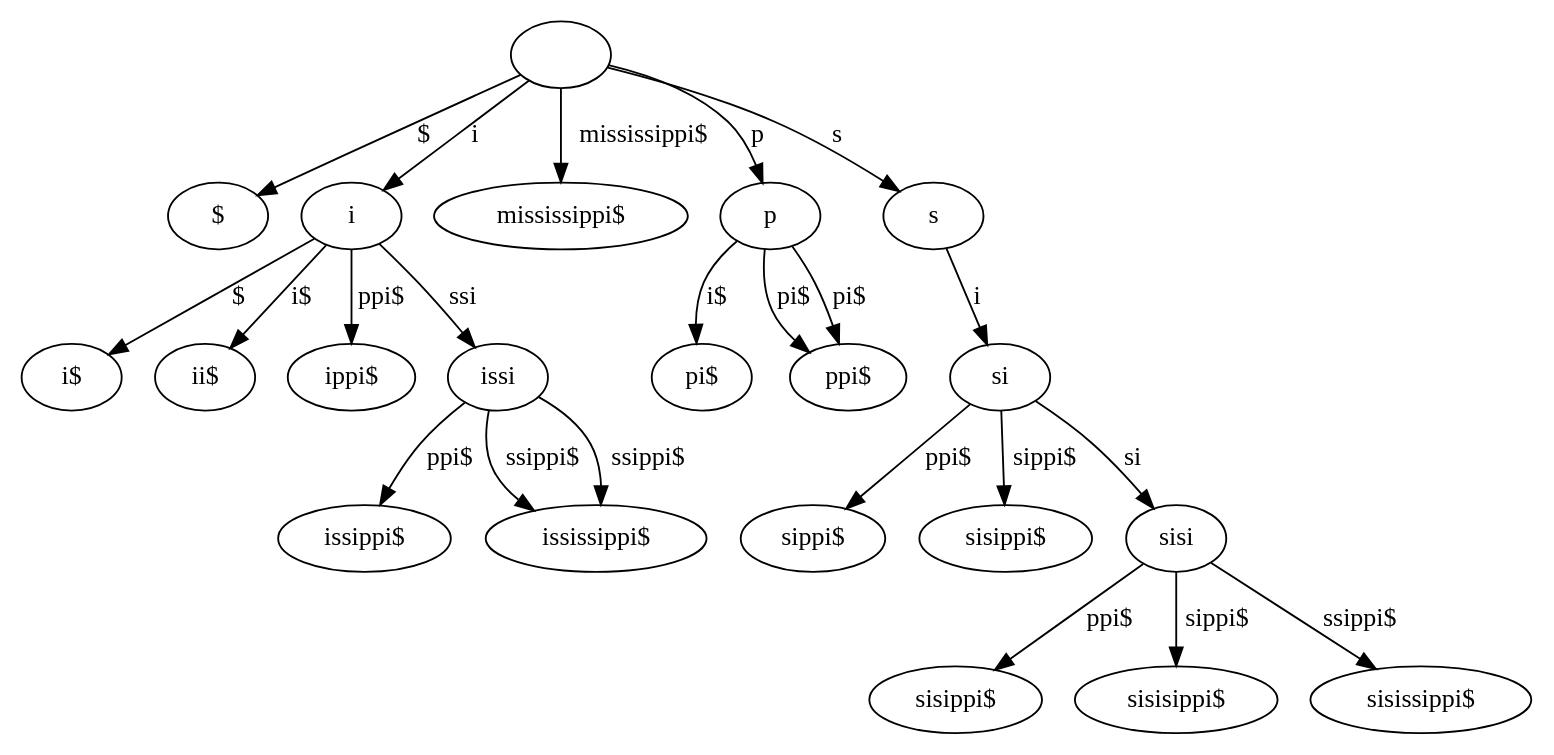
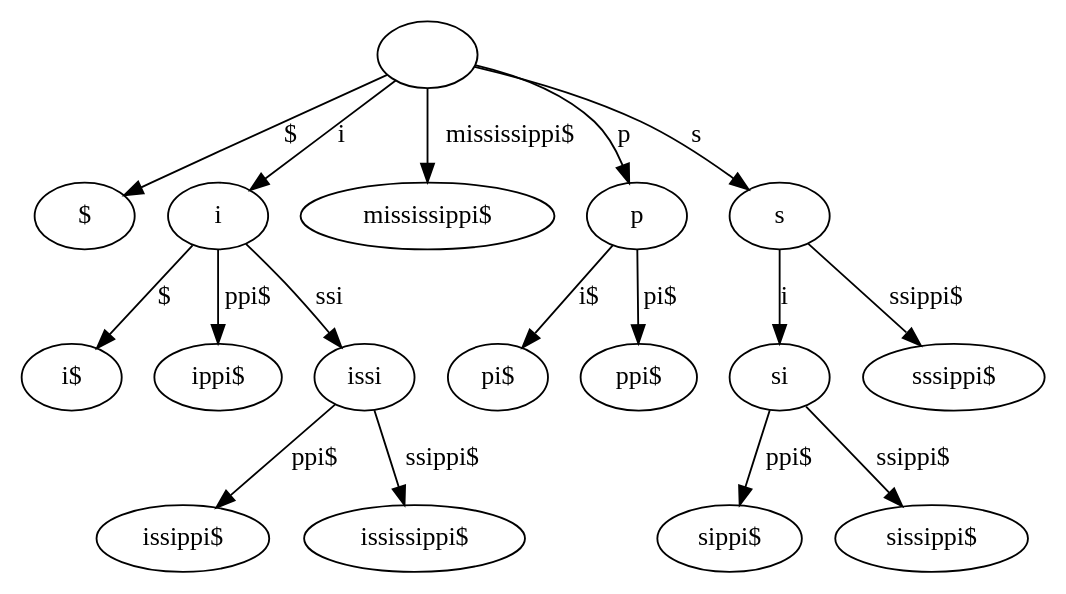
The diagram in 3_lcp_suffix_tree/test-output/iter/11.gv (cmkobel/GSA), drawn with Graphviz before and after one commit. The commit also changed 24 other files, not shown here.

```diff
--- a/3_lcp_suffix_tree/test-output/iter/11.gv
+++ b/3_lcp_suffix_tree/test-output/iter/11.gv
@@ -1,48 +1,36 @@
 // Suffix tree
 digraph {
 	"|" [label=""]
 	"$|$" [label="$"]
 	"|" -> "$|$" [label="$"]
 	"i|i" [label=i]
 	"$|i$" [label="i$"]
 	"i|i" -> "$|i$" [label="$"]
-	"i$|ii$" [label="ii$"]
-	"i|i" -> "i$|ii$" [label="i$"]
 	"ppi$|ippi$" [label="ippi$"]
 	"i|i" -> "ppi$|ippi$" [label="ppi$"]
 	"ssi|issi" [label=issi]
 	"ppi$|issippi$" [label="issippi$"]
 	"ssi|issi" -> "ppi$|issippi$" [label="ppi$"]
-	"ssippi$|ississippi$" [label="ississippi$"]
-	"ssi|issi" -> "ssippi$|ississippi$" [label="ssippi$"]
 	"ssippi$|ississippi$" [label="ississippi$"]
 	"ssi|issi" -> "ssippi$|ississippi$" [label="ssippi$"]
 	"i|i" -> "ssi|issi" [label=ssi]
 	"|" -> "i|i" [label=i]
 	"mississippi$|mississippi$" [label="mississippi$"]
 	"|" -> "mississippi$|mississippi$" [label="mississippi$"]
 	"p|p" [label=p]
 	"i$|pi$" [label="pi$"]
 	"p|p" -> "i$|pi$" [label="i$"]
 	"pi$|ppi$" [label="ppi$"]
 	"p|p" -> "pi$|ppi$" [label="pi$"]
-	"pi$|ppi$" [label="ppi$"]
-	"p|p" -> "pi$|ppi$" [label="pi$"]
 	"|" -> "p|p" [label=p]
 	"s|s" [label=s]
 	"i|si" [label=si]
 	"ppi$|sippi$" [label="sippi$"]
 	"i|si" -> "ppi$|sippi$" [label="ppi$"]
-	"sippi$|sisippi$" [label="sisippi$"]
-	"i|si" -> "sippi$|sisippi$" [label="sippi$"]
-	"si|sisi" [label=sisi]
-	"ppi$|sisippi$" [label="sisippi$"]
-	"si|sisi" -> "ppi$|sisippi$" [label="ppi$"]
-	"sippi$|sisisippi$" [label="sisisippi$"]
-	"si|sisi" -> "sippi$|sisisippi$" [label="sippi$"]
-	"ssippi$|sisissippi$" [label="sisissippi$"]
-	"si|sisi" -> "ssippi$|sisissippi$" [label="ssippi$"]
-	"i|si" -> "si|sisi" [label=si]
+	"ssippi$|sissippi$" [label="sissippi$"]
+	"i|si" -> "ssippi$|sissippi$" [label="ssippi$"]
 	"s|s" -> "i|si" [label=i]
+	"ssippi$|sssippi$" [label="sssippi$"]
+	"s|s" -> "ssippi$|sssippi$" [label="ssippi$"]
 	"|" -> "s|s" [label=s]
 }
```
